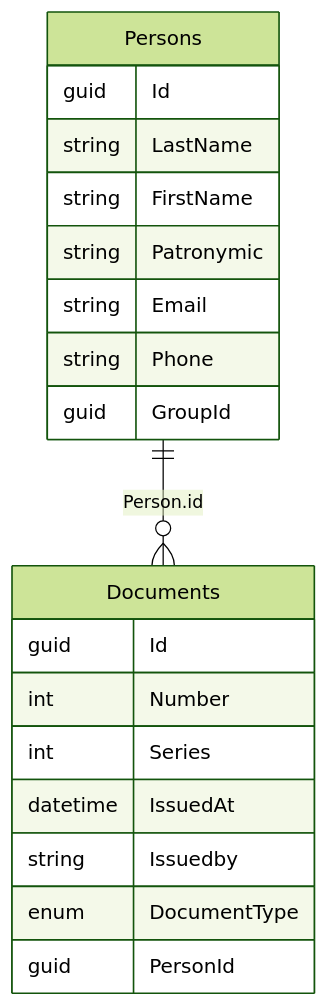
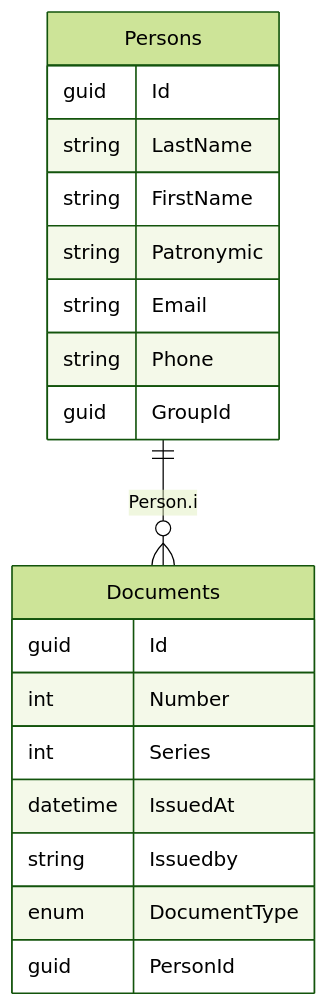
The diagram in README.md (SlavaNik16/Accessories_PC_Nik_Api), drawn with Mermaid (forest theme) before and after one commit.

````diff
--- a/README.md
+++ b/README.md
@@ -5,22 +5,22 @@
 ```mermaid
 erDiagram
     Persons {
         guid Id
         string LastName
         string FirstName
         string Patronymic
         string Email
         string Phone
         guid GroupId
     }
     Documents {
         guid Id
         int Number
         int Series
         datetime IssuedAt
         string Issuedby
         enum DocumentType
         guid PersonId
     }
-Persons ||--o{ Documents: Person.id
+Persons ||--o{ Documents: Person.i
 ```
````
